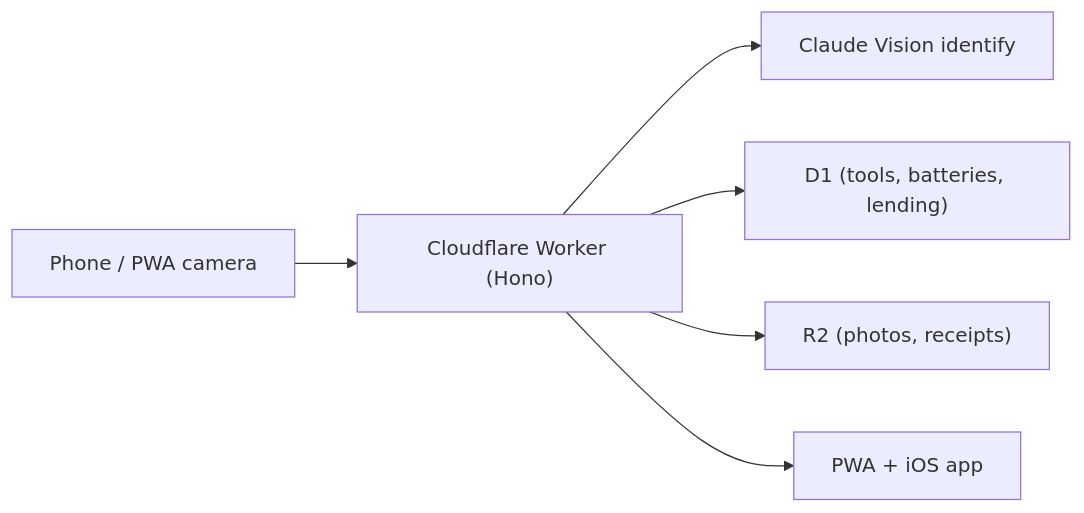
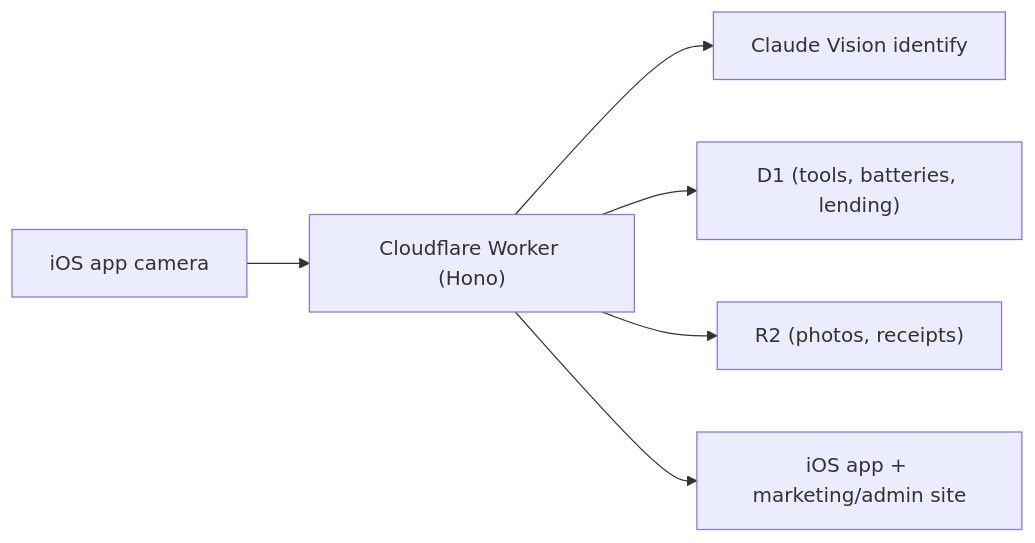
The diagram in site/src/content/work/fettle.md (stewartburton/stewartburton.github.io), drawn with Mermaid before and after one commit. The commit also changed other lines of this file and 7 other files, not shown here.

````diff
--- a/site/src/content/work/fettle.md
+++ b/site/src/content/work/fettle.md
@@ -20,8 +20,8 @@
 ```mermaid
 flowchart LR
-    Camera["Phone / PWA camera"] --> Worker["Cloudflare Worker (Hono)"]
+    Camera["iOS app camera"] --> Worker["Cloudflare Worker (Hono)"]
     Worker --> Vision["Claude Vision identify"]
     Worker --> D1["D1 (tools, batteries, lending)"]
     Worker --> R2["R2 (photos, receipts)"]
-    Worker --> Client["PWA + iOS app"]
+    Worker --> Client["iOS app + marketing/admin site"]
 ```
````
